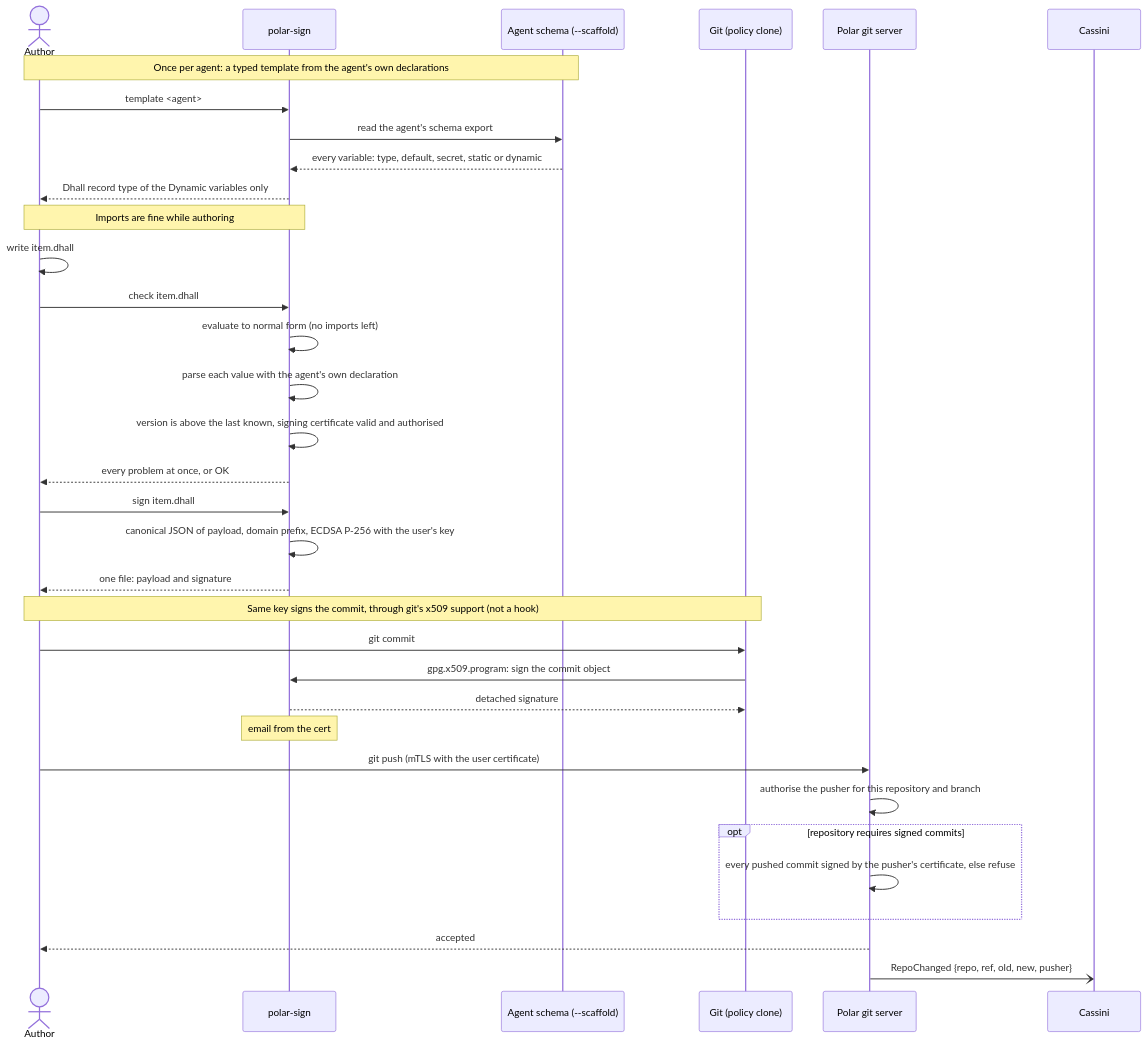
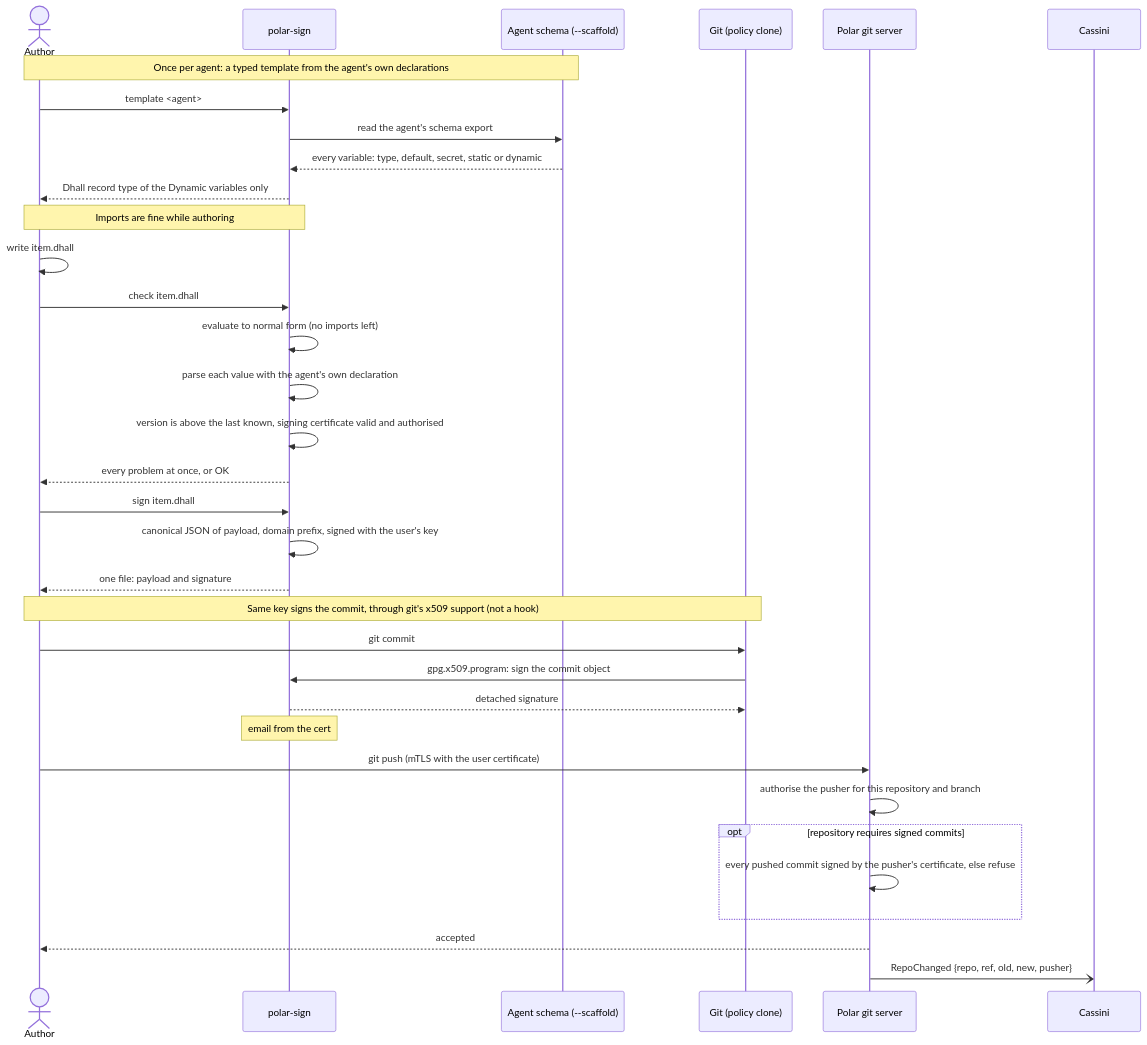
Before and after one commit to cmu-sei/Polar: the diagram in docs/architecture/sequences/general/signed_configuration_authoring.mmd, drawn with Mermaid. The commit also changed 16 other files, not shown here.

```diff
--- a/docs/architecture/sequences/general/signed_configuration_authoring.mmd
+++ b/docs/architecture/sequences/general/signed_configuration_authoring.mmd
@@ -1,40 +1,40 @@
 sequenceDiagram
     actor Author
     participant Sign as polar-sign
     participant Schema as Agent schema (--scaffold)
     participant Git as Git (policy clone)
     participant Server as Polar git server
     participant Cassini
 
     Note over Author,Schema: Once per agent: a typed template from the agent's own declarations
     Author->>Sign: template <agent>
     Sign->>Schema: read the agent's schema export
     Schema-->>Sign: every variable: type, default, secret, static or dynamic
     Sign-->>Author: Dhall record type of the Dynamic variables only
 
     Note over Author,Sign: Imports are fine while authoring
     Author->>Author: write item.dhall
 
     Author->>Sign: check item.dhall
     Sign->>Sign: evaluate to normal form (no imports left)
     Sign->>Sign: parse each value with the agent's own declaration
     Sign->>Sign: version is above the last known, signing certificate valid and authorised
     Sign-->>Author: every problem at once, or OK
 
     Author->>Sign: sign item.dhall
-    Sign->>Sign: canonical JSON of payload, domain prefix, ECDSA P-256 with the user's key
+    Sign->>Sign: canonical JSON of payload, domain prefix, signed with the user's key
     Sign-->>Author: one file: payload and signature
 
     Note over Author,Git: Same key signs the commit, through git's x509 support (not a hook)
     Author->>Git: git commit
     Git->>Sign: gpg.x509.program: sign the commit object
     Sign-->>Git: detached signature
     Note over Sign: email from the cert
 
     Author->>Server: git push (mTLS with the user certificate)
     Server->>Server: authorise the pusher for this repository and branch
     opt repository requires signed commits
         Server->>Server: every pushed commit signed by the pusher's certificate, else refuse
     end
     Server-->>Author: accepted
     Server-)Cassini: RepoChanged {repo, ref, old, new, pusher}
```
